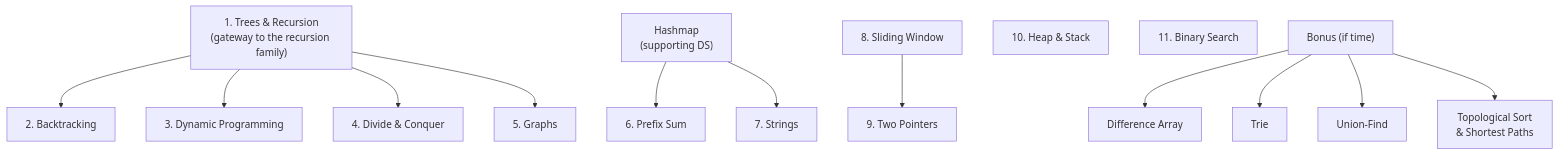
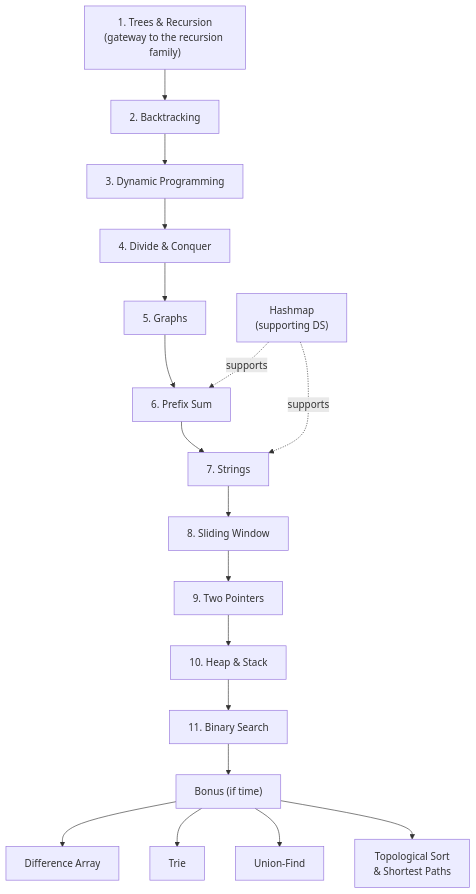
One commit to haongo138/road-to-senior changed the diagram in docs/technical/problem-solving/dsa-roadmap.md. Above: the diagram before and after it, drawn with Mermaid. The commit also changed 10 other files, not shown here.

First line of the commit message:
fix(diagrams): vertical Mermaid charts + lightbox sizing, scroll-lock & label clipping

````diff
--- a/docs/technical/problem-solving/dsa-roadmap.md
+++ b/docs/technical/problem-solving/dsa-roadmap.md
@@ -13,32 +13,28 @@
 ```mermaid
 flowchart TD
     Tree["1. Trees & Recursion\n(gateway to the recursion family)"]
     BT["2. Backtracking"]
     DP["3. Dynamic Programming"]
     DC["4. Divide & Conquer"]
     G["5. Graphs"]
     HM["Hashmap\n(supporting DS)"]
     PS["6. Prefix Sum"]
     STR["7. Strings"]
     SW["8. Sliding Window"]
     TP["9. Two Pointers"]
     HS["10. Heap & Stack"]
     BS["11. Binary Search"]
     BONUS["Bonus (if time)"]
     DA["Difference Array"]
     TR["Trie"]
     UF["Union-Find"]
     TSP["Topological Sort\n& Shortest Paths"]
 
-    Tree --> BT
-    Tree --> DP
-    Tree --> DC
-    Tree --> G
-    HM --> PS
-    HM --> STR
-    SW --> TP
+    Tree --> BT --> DP --> DC --> G --> PS --> STR --> SW --> TP --> HS --> BS --> BONUS
+    HM -.->|supports| PS
+    HM -.->|supports| STR
     BONUS --> DA
     BONUS --> TR
     BONUS --> UF
     BONUS --> TSP
 ```
````
